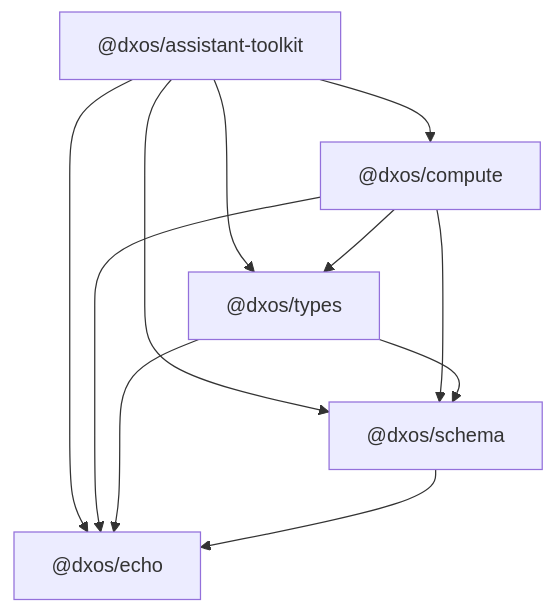
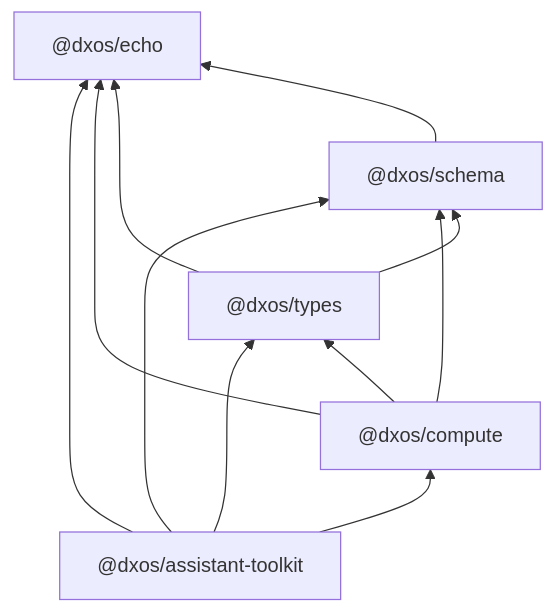
The first of 2 diagrams in packages/core/compute/compute/src/types/AUDIT.md (dxos/dxos), drawn with Mermaid before and after one commit. The commit also changed other lines of this file, not shown here.

Commit message:
compute: render AUDIT package graph bottom-up (echo at top)

````diff
--- a/packages/core/compute/compute/src/types/AUDIT.md
+++ b/packages/core/compute/compute/src/types/AUDIT.md
@@ -32,13 +33,13 @@
 ```mermaid
-graph TD
+graph BT
   AT["@dxos/assistant-toolkit"] --> C["@dxos/compute"]
   AT --> T["@dxos/types"]
   AT --> S["@dxos/schema"]
   AT --> E["@dxos/echo"]
   C --> T
   C --> S
   C --> E
   T --> S
   T --> E
   S --> E
 ```
````
